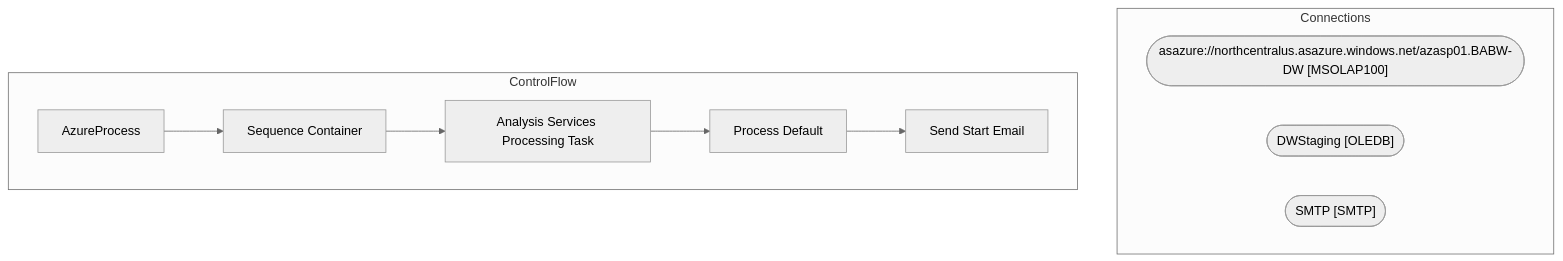
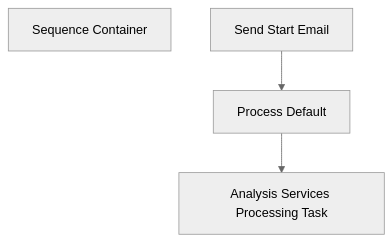
Before and after one commit to juanandresbrain/BABSkills: the diagram in bab-docs-explorer/Documentation/STL-SSIS-P-01/SSIS/Azure/AzureProcess.AzureProcess.md, drawn with Mermaid (neutral theme). The commit also changed other lines of this file and 273 other files, not shown here.

````diff
--- a/bab-docs-explorer/Documentation/STL-SSIS-P-01/SSIS/Azure/AzureProcess.AzureProcess.md
+++ b/bab-docs-explorer/Documentation/STL-SSIS-P-01/SSIS/Azure/AzureProcess.AzureProcess.md
@@ -9,19 +36,9 @@
 ```mermaid
 flowchart TD
-    subgraph Connections
-        asazure___northcentralus_asazure_windows_net_azasp01_BABW_DW_conn(["asazure://northcentralus.asazure.windows.net/azasp01.BABW-DW [MSOLAP100]"])
-        DWStaging_conn(["DWStaging [OLEDB]"])
-        SMTP_conn(["SMTP [SMTP]"])
-    end
-    subgraph ControlFlow
-        AzureProcess_task["AzureProcess"]
-        Sequence_Container_task["Sequence Container"]
-        AzureProcess_task --> Sequence_Container_task
-        Analysis_Services_Processing_Task_task["Analysis Services Processing Task"]
-        Sequence_Container_task --> Analysis_Services_Processing_Task_task
-        Process_Default_task["Process Default"]
-        Analysis_Services_Processing_Task_task --> Process_Default_task
-        Send_Start_Email_task["Send Start Email"]
-        Process_Default_task --> Send_Start_Email_task
-    end
+    n_Package_Sequence_Container["Sequence Container"]
+    n_Package_Sequence_Container_Analysis_Services_Processing_Task["Analysis Services Processing Task"]
+    n_Package_Sequence_Container_Process_Default["Process Default"]
+    n_Package_Sequence_Container_Send_Start_Email["Send Start Email"]
+    n_Package_Sequence_Container_Send_Start_Email --> n_Package_Sequence_Container_Process_Default
+    n_Package_Sequence_Container_Process_Default --> n_Package_Sequence_Container_Analysis_Services_Processing_Task
 ```
````
